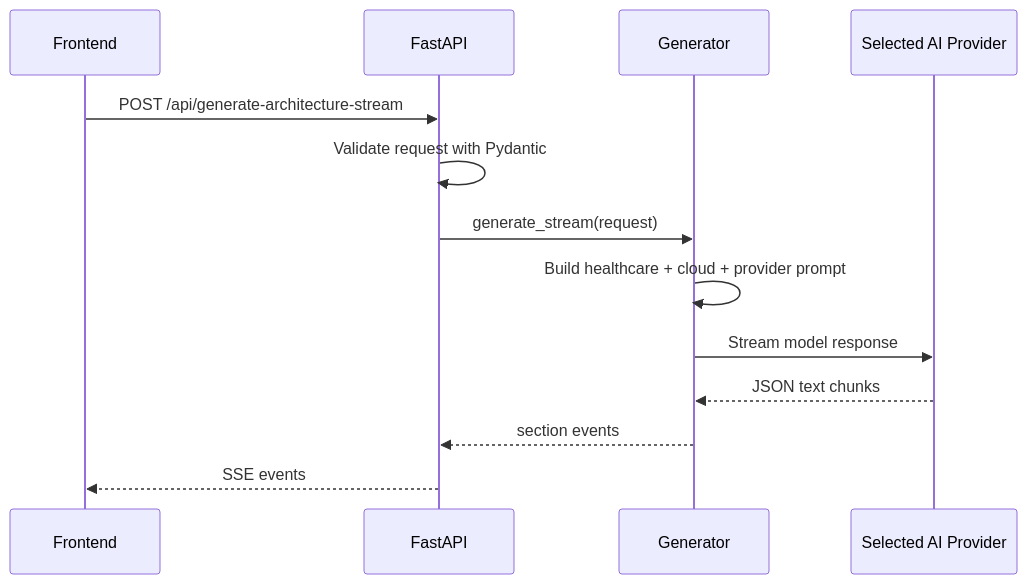
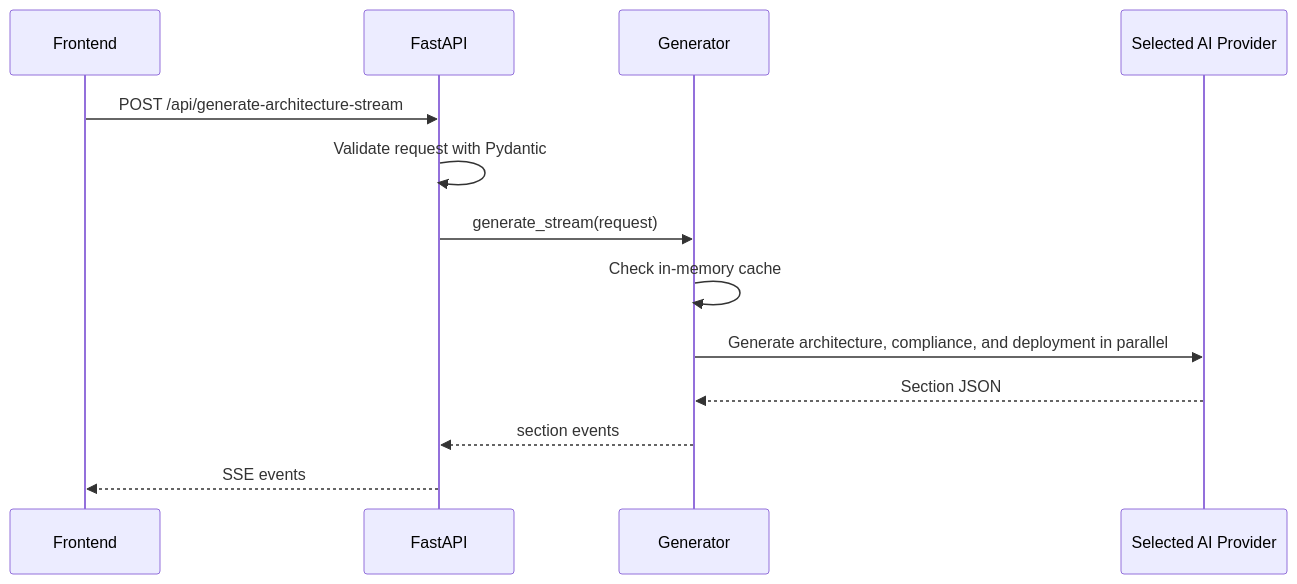
Before and after one commit to egaile/claude-gsi: the second of 2 diagrams in docs/ARCHITECTURE.md, drawn with Mermaid. The commit also changed other lines of this file and 7 other files, not shown here.

Commit message:
Improve architecture generation latency

````diff
--- a/docs/ARCHITECTURE.md
+++ b/docs/ARCHITECTURE.md
@@ -110,16 +110,16 @@
 ```mermaid
 sequenceDiagram
     participant FE as Frontend
     participant API as FastAPI
     participant GEN as Generator
     participant AI as Selected AI Provider
 
     FE->>API: POST /api/generate-architecture-stream
     API->>API: Validate request with Pydantic
     API->>GEN: generate_stream(request)
-    GEN->>GEN: Build healthcare + cloud + provider prompt
-    GEN->>AI: Stream model response
-    AI-->>GEN: JSON text chunks
+    GEN->>GEN: Check in-memory cache
+    GEN->>AI: Generate architecture, compliance, and deployment in parallel
+    AI-->>GEN: Section JSON
     GEN-->>API: section events
     API-->>FE: SSE events
 ```
````
